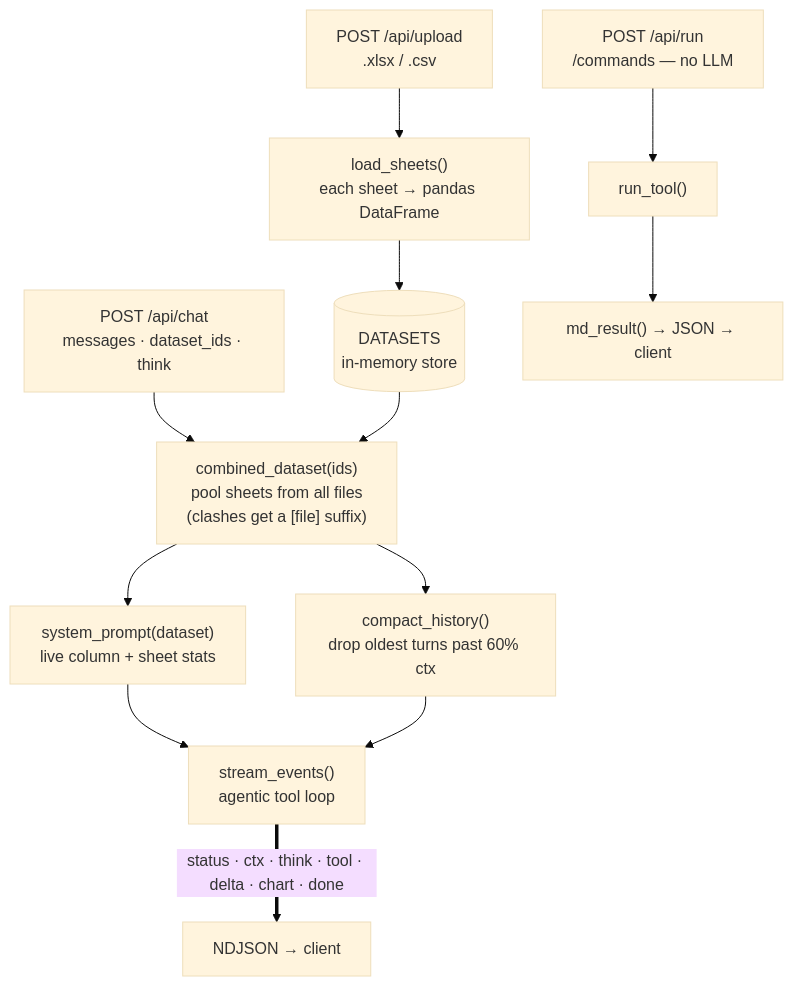
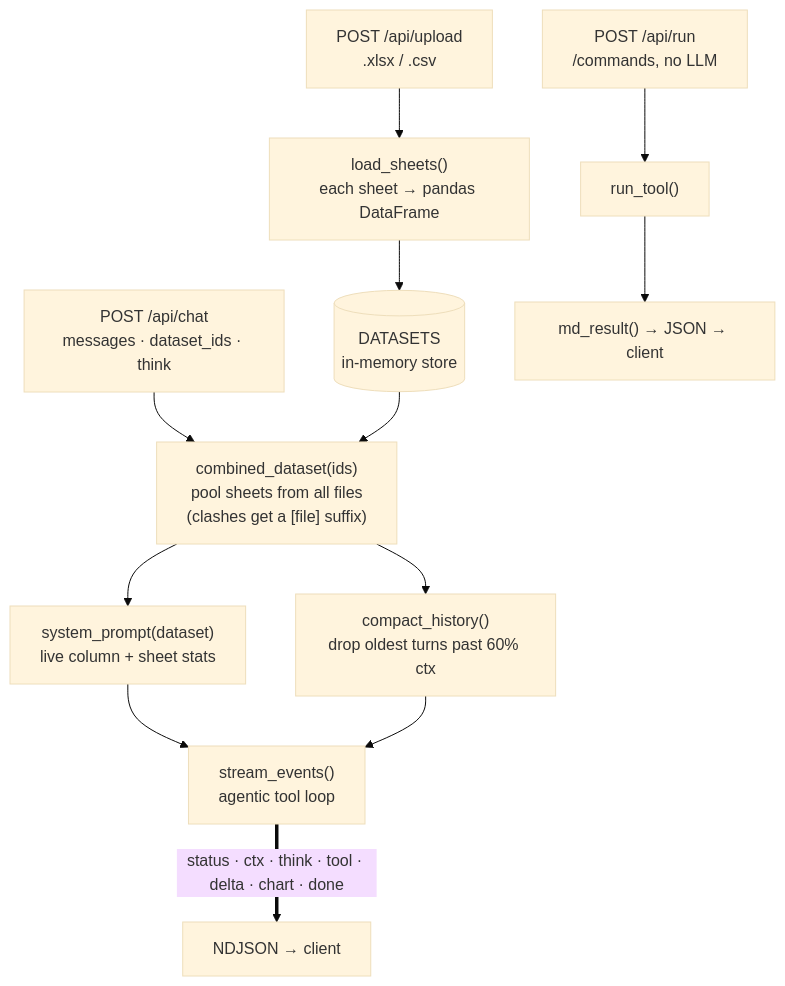
Before and after one commit to shuhailycasan/tabitha: the second of 3 diagrams in README.md, drawn with Mermaid (base theme). The commit also changed other lines of this file, not shown here.

````diff
--- a/README.md
+++ b/README.md
@@ -68,14 +68,14 @@
 ```mermaid
 flowchart TD
     U["POST /api/upload<br>.xlsx / .csv"] --> L["load_sheets()<br>each sheet → pandas DataFrame"]
     L --> DS[("DATASETS<br>in-memory store")]
     C["POST /api/chat<br>messages · dataset_ids · think"] --> CD["combined_dataset(ids)<br>pool sheets from all files<br>(clashes get a [file] suffix)"]
     DS --> CD
     CD --> SP["system_prompt(dataset)<br>live column + sheet stats"]
     CD --> CH["compact_history()<br>drop oldest turns past 60% ctx"]
     SP --> SE["stream_events()<br>agentic tool loop"]
     CH --> SE
     SE ==>|"status · ctx · think · tool · delta · chart · done"| UI["NDJSON → client"]
-    R["POST /api/run<br>/commands — no LLM"] --> RT["run_tool()"]
+    R["POST /api/run<br>/commands, no LLM"] --> RT["run_tool()"]
     RT --> MD["md_result() → JSON → client"]
 ```
````
